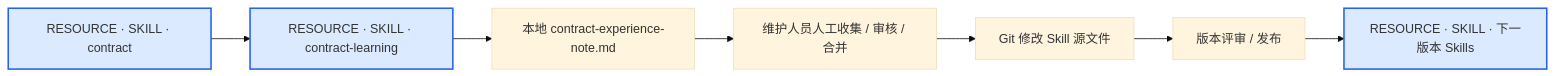
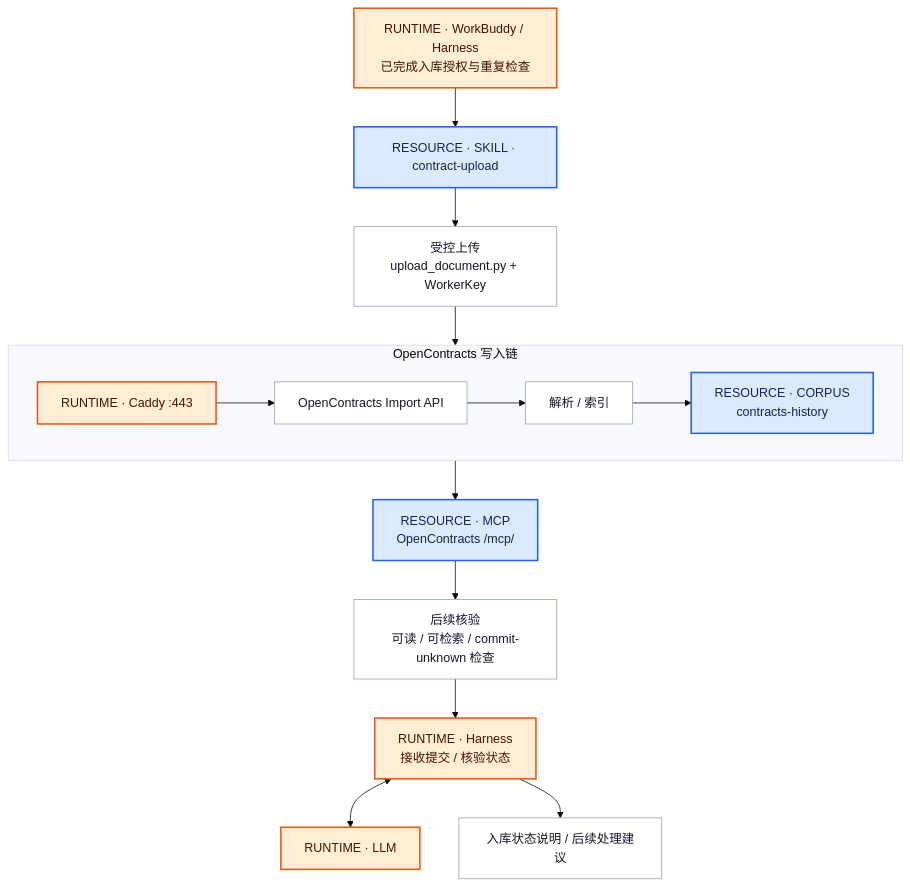
One commit to Ri0n72Y/ContractBotConfig changed the fourth of 5 diagrams in docs/architecture/c4.md. Above: the diagram before and after it, drawn with Mermaid (base theme). The commit also changed other lines of this file, not shown here.

Commit message:
docs: split architecture into compact business flow diagrams

````diff
--- a/docs/architecture/c4.md
+++ b/docs/architecture/c4.md
@@ -77,12 +177,30 @@
 ```mermaid
-flowchart LR
-    S[RESOURCE · SKILL · contract] --> L[RESOURCE · SKILL · contract-learning]
-    L --> N[本地 contract-experience-note.md]
-    N --> R[维护人员人工收集 / 审核 / 合并]
-    R --> G[Git 修改 Skill 源文件]
-    G --> P[版本评审 / 发布]
-    P --> S2[RESOURCE · SKILL · 下一版本 Skills]
+flowchart TB
+    H0["RUNTIME · WorkBuddy / Harness<br/>已完成入库授权与重复检查"]:::runtime
+    S["RESOURCE · SKILL · contract-upload"]:::resource
+    U["受控上传<br/>upload_document.py + WorkerKey"]:::process
 
-    classDef resource fill:#dbeafe,stroke:#2563eb,stroke-width:2px;
-    class S,L,S2 resource;
+    subgraph WRITE["OpenContracts 写入链"]
+        direction LR
+        C["RUNTIME · Caddy :443"]:::runtime
+        API["OpenContracts Import API"]:::process
+        P["解析 / 索引"]:::process
+        CH["RESOURCE · CORPUS<br/>contracts-history"]:::resource
+        C --> API --> P --> CH
+    end
+
+    M["RESOURCE · MCP<br/>OpenContracts /mcp/"]:::resource
+    V["后续核验<br/>可读 / 可检索 / commit-unknown 检查"]:::process
+    H1["RUNTIME · Harness<br/>接收提交 / 核验状态"]:::runtime
+    LLM["RUNTIME · LLM"]:::runtime
+    OUT["入库状态说明 / 后续处理建议"]:::process
+
+    H0 --> S --> U --> C
+    CH --> M --> V --> H1
+    H1 <--> LLM
+    H1 --> OUT
+
+    classDef resource fill:#dbeafe,stroke:#2563eb,color:#172554,stroke-width:2px;
+    classDef runtime fill:#ffedd5,stroke:#ea580c,color:#431407,stroke-width:2px;
+    classDef process fill:#ffffff,stroke:#94a3b8,color:#0f172a,stroke-width:1px;
 ```
````
